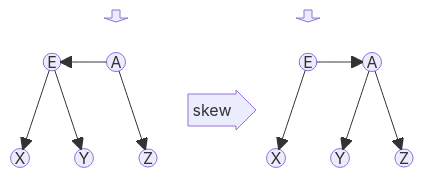
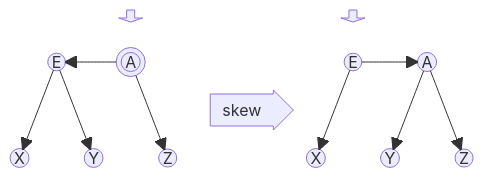
Before and after one commit to BenhurUFSM/l226b: the second of 2 diagrams in Assuntos/arvore-aa.md, drawn with Mermaid.

````diff
--- a/Assuntos/arvore-aa.md
+++ b/Assuntos/arvore-aa.md
@@ -37,16 +37,16 @@
 ```mermaid
 block
   columns 13
   space:3 p1<[" "]>(down) space:5 p2<[" "]>(down) space:3
-  space e1(("E")) space r1(("A")) space space:3 space r2(("E")) space d2(("A")) space
+  space e1(("E")) space r1((("A"))) space space:3 space r2(("E")) space d2(("A")) space
   space:5 f<["skew"]>(right):3 space:5
   ee1(("X")) space ed1(("Y")) space d1(("Z")) space:3 e2(("X")) space de2(("Y")) space dd2(("Z"))
   r1-->e1
   r1-->d1
   e1-->ee1
   e1-->ed1
   r2-->e2
   r2-->d2
   d2-->de2
   d2-->dd2
 ```
````
